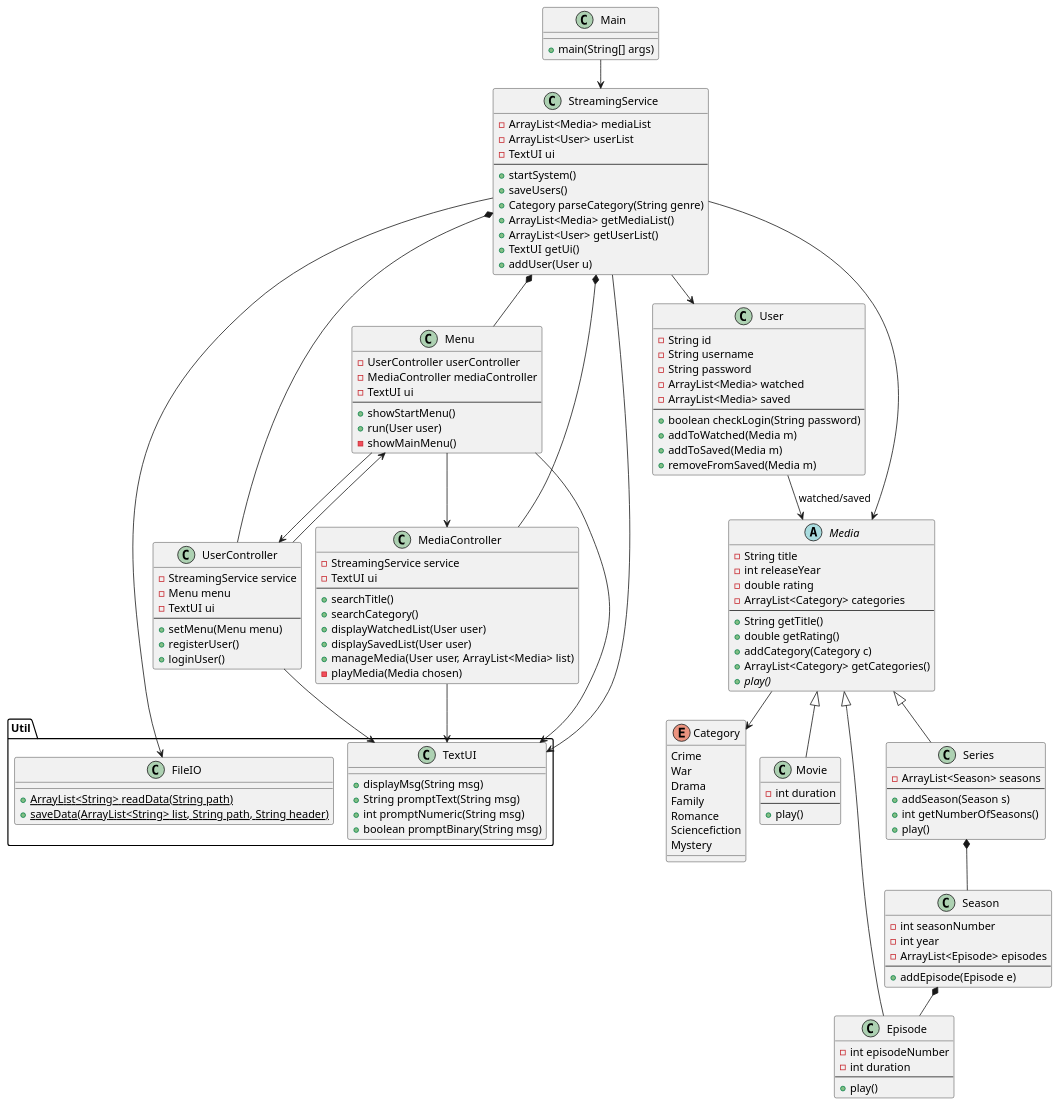
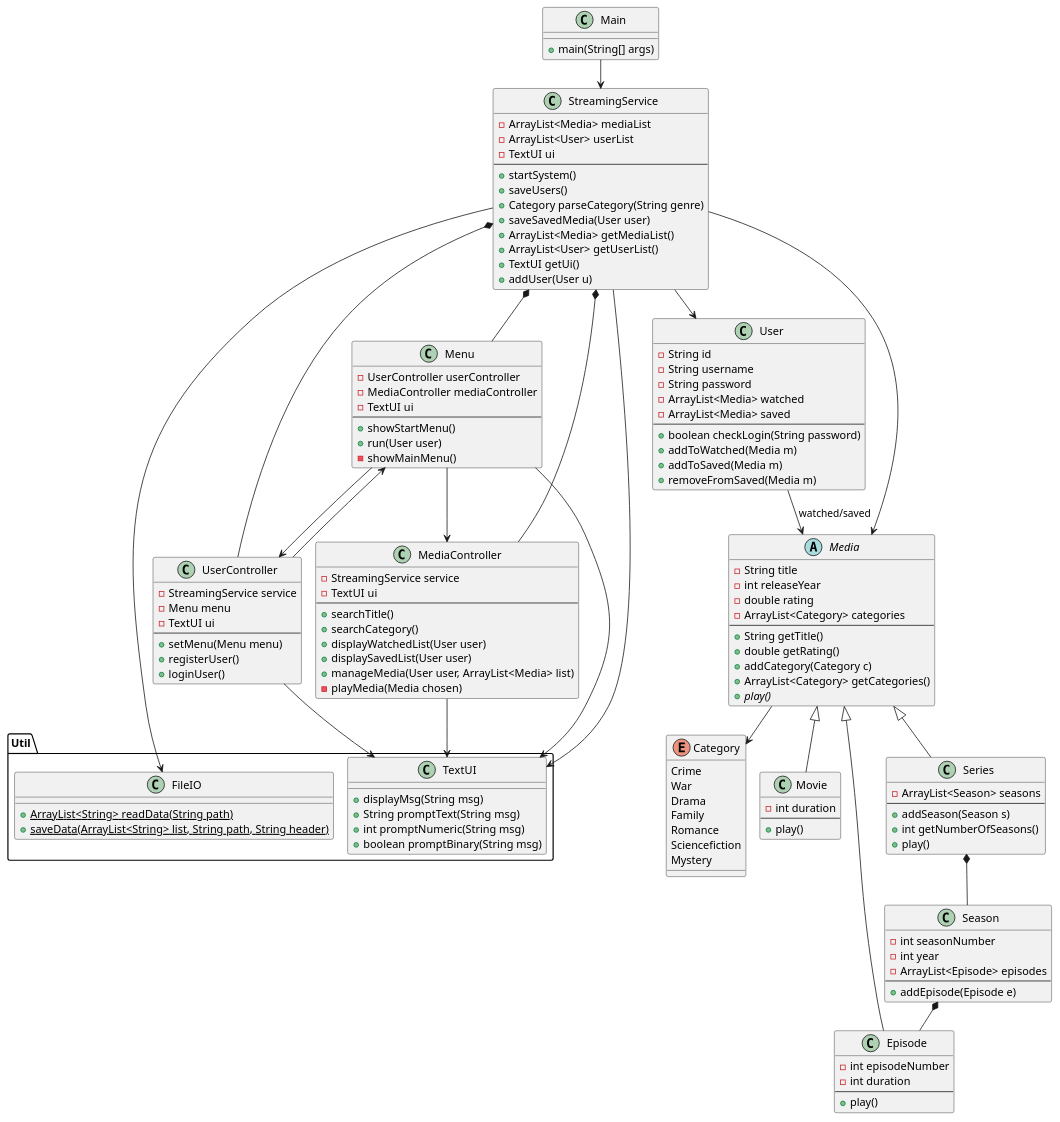
The diagram in doc/static/klassediagramv2.puml (BesimaP/SP3---Streaming---Tjeneste), drawn with PlantUML before and after one commit. The commit also changed 3 other files, not shown here.

```diff
--- a/doc/static/klassediagramv2.puml
+++ b/doc/static/klassediagramv2.puml
@@ -1,162 +1,163 @@
 @startuml
 !pragma layout smetana
 
 class Main {
     +main(String[] args)
 }
 
 class StreamingService {
     -ArrayList<Media> mediaList
     -ArrayList<User> userList
     -TextUI ui
     --
     +startSystem()
     +saveUsers()
     +Category parseCategory(String genre)
+    +saveSavedMedia(User user)
     +ArrayList<Media> getMediaList()
     +ArrayList<User> getUserList()
     +TextUI getUi()
     +addUser(User u)
 }
 
 class Menu {
     -UserController userController
     -MediaController mediaController
     -TextUI ui
     --
     +showStartMenu()
     +run(User user)
     -showMainMenu()
 }
 
 class UserController {
     -StreamingService service
     -Menu menu
     -TextUI ui
     --
     +setMenu(Menu menu)
     +registerUser()
     +loginUser()
 }
 
 class MediaController {
     -StreamingService service
     -TextUI ui
     --
     +searchTitle()
     +searchCategory()
     +displayWatchedList(User user)
     +displaySavedList(User user)
     +manageMedia(User user, ArrayList<Media> list)
     -playMedia(Media chosen)
 }
 
 abstract class Media {
     -String title
     -int releaseYear
     -double rating
     -ArrayList<Category> categories
     --
     +String getTitle()
     +double getRating()
     +addCategory(Category c)
     +ArrayList<Category> getCategories()
     +{abstract} play()
 }
 
 class Movie {
     -int duration
     --
     +play()
 }
 
 class Series {
     -ArrayList<Season> seasons
     --
     +addSeason(Season s)
     +int getNumberOfSeasons()
     +play()
 }
 
 class Season {
     -int seasonNumber
     -int year
     -ArrayList<Episode> episodes
     --
     +addEpisode(Episode e)
 }
 
 class Episode {
     -int episodeNumber
     -int duration
     --
     +play()
 }
 
 class User {
     -String id
     -String username
     -String password
     -ArrayList<Media> watched
     -ArrayList<Media> saved
     --
     +boolean checkLogin(String password)
     +addToWatched(Media m)
     +addToSaved(Media m)
     +removeFromSaved(Media m)
 }
 
 enum Category {
     Crime
     War
     Drama
     Family
     Romance
     Sciencefiction
     Mystery
 }
 
 package Util {
     class FileIO {
         +{static} ArrayList<String> readData(String path)
         +{static} saveData(ArrayList<String> list, String path, String header)
     }
 
     class TextUI {
         +displayMsg(String msg)
         +String promptText(String msg)
         +int promptNumeric(String msg)
         +boolean promptBinary(String msg)
     }
 }
 
 ' Relationer
 Main --> StreamingService
 
 StreamingService *-- UserController
 StreamingService *-- MediaController
 StreamingService *-- Menu
 StreamingService --> FileIO
 StreamingService --> TextUI
 StreamingService --> User
 StreamingService --> Media
 
 Menu --> UserController
 Menu --> MediaController
 Menu --> TextUI
 
 UserController --> Menu
 UserController --> TextUI
 
 MediaController --> TextUI
 
 Media <|-- Movie
 Media <|-- Series
 Series *-- Season
 Season *-- Episode
 Media <|-- Episode
 Media --> Category
 
 User --> Media : watched/saved
 
 @enduml
```
